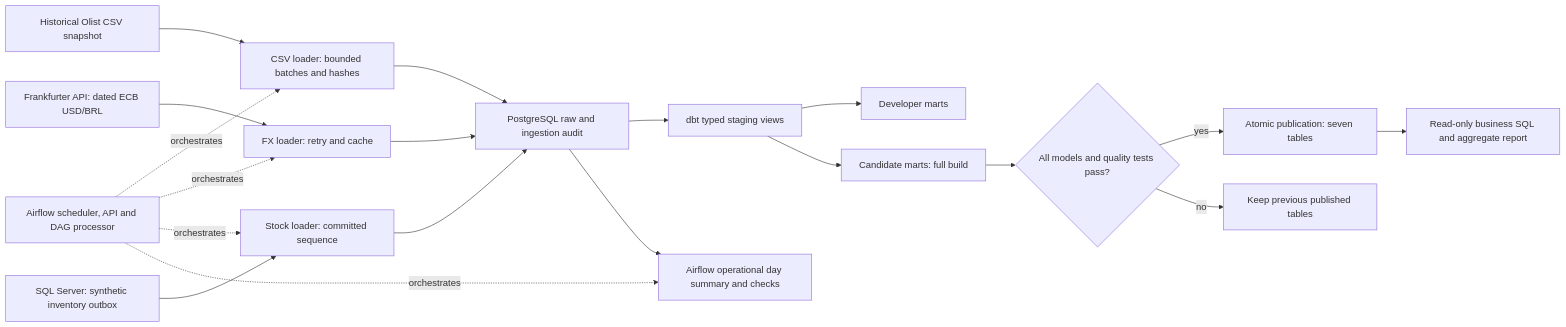
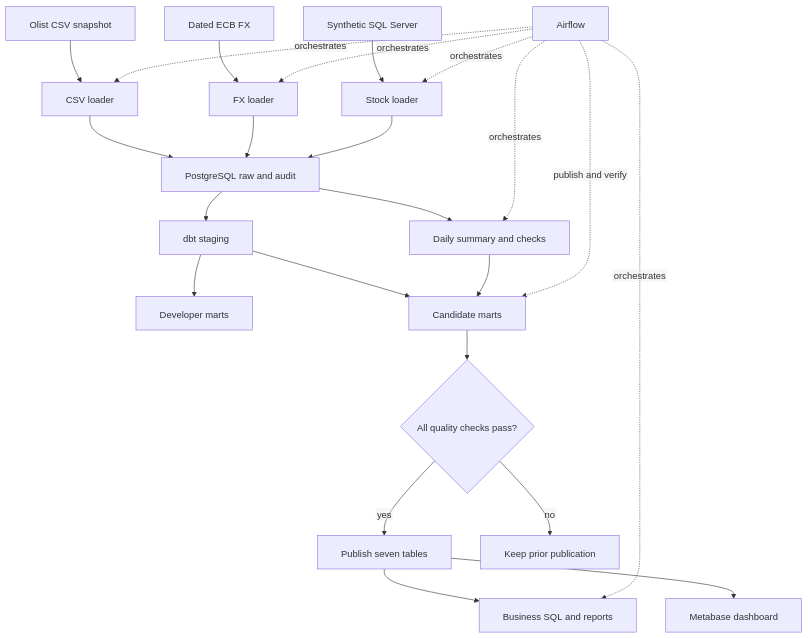
One commit to rulnin/ecommerce-data-platform changed the first of 2 diagrams in docs/architecture.md. Above: the diagram before and after it, drawn with Mermaid. The commit also changed other lines of this file and 64 other files, not shown here.

````diff
--- a/docs/architecture.md
+++ b/docs/architecture.md
@@ -8,21 +8,26 @@
 ```mermaid
-flowchart LR
-    CSV["Historical Olist CSV snapshot"] --> C["CSV loader: bounded batches and hashes"]
-    FX["Frankfurter API: dated ECB USD/BRL"] --> F["FX loader: retry and cache"]
-    SQL["SQL Server: synthetic inventory outbox"] --> S["Stock loader: committed sequence"]
-    C --> R["PostgreSQL raw and ingestion audit"]
+%%{init: {"htmlLabels": false, "flowchart": {"htmlLabels": false, "padding": 20}}}%%
+flowchart TB
+    CSV["Olist CSV snapshot"] --> C["CSV loader"]
+    FX["Dated ECB FX"] --> F["FX loader"]
+    SQL["Synthetic SQL Server"] --> S["Stock loader"]
+    C --> R["PostgreSQL raw and audit"]
     F --> R
     S --> R
-    R --> ST["dbt typed staging views"]
+    R --> ST["dbt staging"]
     ST --> M["Developer marts"]
-    ST --> CM["Candidate marts: full build"]
-    CM --> Q{"All models and quality tests pass?"}
-    Q -->|yes| P["Atomic publication: seven tables"]
-    Q -->|no| OLD["Keep previous published tables"]
-    P --> A["Read-only business SQL and aggregate report"]
-    R --> O["Airflow operational day summary and checks"]
-    AF["Airflow scheduler, API and DAG processor"] -. orchestrates .-> C
+    ST --> CM["Candidate marts"]
+    CM --> Q{"All quality checks pass?"}
+    Q -->|yes| P["Publish seven tables"]
+    Q -->|no| OLD["Keep prior publication"]
+    P --> A["Business SQL and reports"]
+    P --> MB["Metabase dashboard"]
+    R --> O["Daily summary and checks"]
+    AF["Airflow"] -. orchestrates .-> C
     AF -. orchestrates .-> F
     AF -. orchestrates .-> S
     AF -. orchestrates .-> O
+    O --> CM
+    AF -. publish and verify .-> CM
+    AF -. orchestrates .-> A
 ```
````
